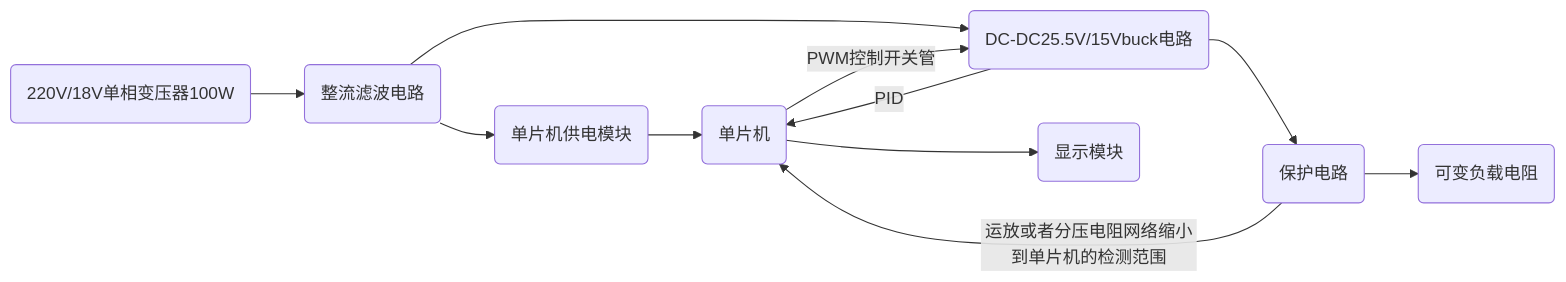
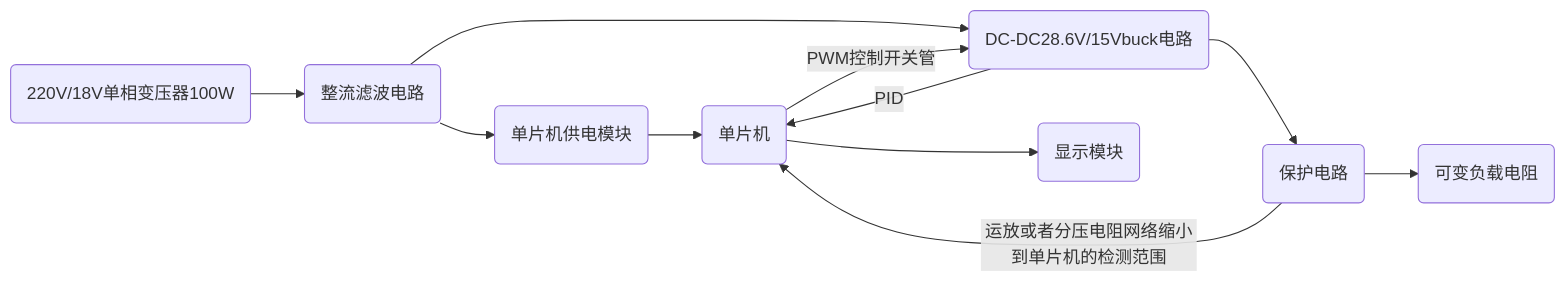
Before and after one commit to silence-breaker/Electronic-Design-Program: the diagram in Schedule.md, drawn with Mermaid. The commit also changed other lines of this file, not shown here.

````diff
--- a/Schedule.md
+++ b/Schedule.md
@@ -45,17 +45,17 @@
 ```mermaid
 flowchart LR
 id1(220V/18V单相变压器100W)
 id2(整流滤波电路)
-id3(DC-DC25.5V/15Vbuck电路)
+id3(DC-DC28.6V/15Vbuck电路)
 id4(单片机)
 id5(可变负载电阻)
 id6(显示模块)
 id7(保护电路)
 id8(单片机供电模块)
 id2-->id8-->id4
 id1-->id2-->id3
 id4--PWM控制开关管-->id3-->id7-->id5
 id7--运放或者分压电阻网络缩小到单片机的检测范围-->id4
 id4-->id6
 id3--PID-->id4
 ```
````
